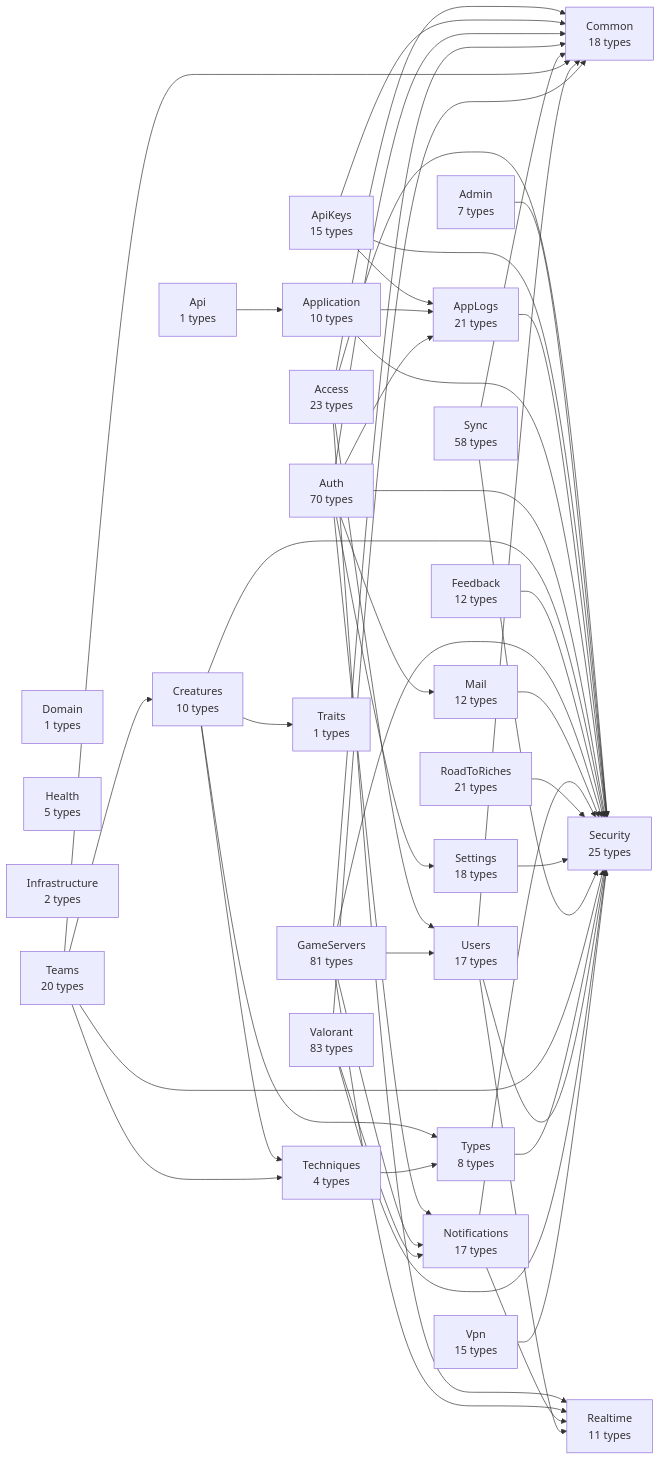
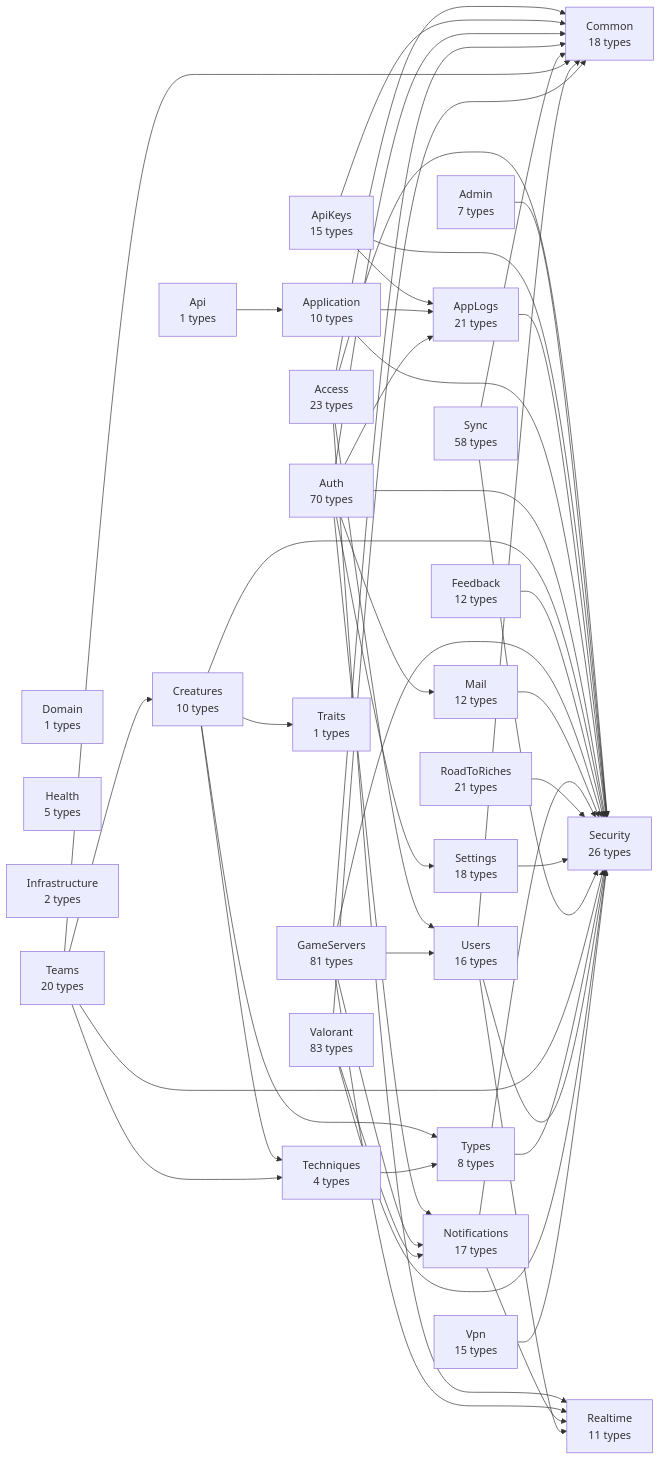
The diagram in api/docs/diagrams/00-modules.md (huiitre/Tools-app), drawn with Mermaid before and after one commit. The commit also changed 28 other files, not shown here.

````diff
--- a/api/docs/diagrams/00-modules.md
+++ b/api/docs/diagrams/00-modules.md
@@ -5,79 +5,79 @@
 ```mermaid
 flowchart LR
   Access["Access<br/>23 types"]
   Admin["Admin<br/>7 types"]
   Api["Api<br/>1 types"]
   ApiKeys["ApiKeys<br/>15 types"]
   AppLogs["AppLogs<br/>21 types"]
   Application["Application<br/>10 types"]
   Auth["Auth<br/>70 types"]
   Common["Common<br/>18 types"]
   Creatures["Creatures<br/>10 types"]
   Domain["Domain<br/>1 types"]
   Feedback["Feedback<br/>12 types"]
   GameServers["GameServers<br/>81 types"]
   Health["Health<br/>5 types"]
   Infrastructure["Infrastructure<br/>2 types"]
   Mail["Mail<br/>12 types"]
   Notifications["Notifications<br/>17 types"]
   Realtime["Realtime<br/>11 types"]
   RoadToRiches["RoadToRiches<br/>21 types"]
-  Security["Security<br/>25 types"]
+  Security["Security<br/>26 types"]
   Settings["Settings<br/>18 types"]
   Sync["Sync<br/>58 types"]
   Teams["Teams<br/>20 types"]
   Techniques["Techniques<br/>4 types"]
   Traits["Traits<br/>1 types"]
   Types["Types<br/>8 types"]
-  Users["Users<br/>17 types"]
+  Users["Users<br/>16 types"]
   Valorant["Valorant<br/>83 types"]
   Vpn["Vpn<br/>15 types"]
   Access --> Common
   Access --> Realtime
   Access --> Security
   Access --> Users
   Admin --> Security
   Api --> Application
   ApiKeys --> AppLogs
   ApiKeys --> Common
   ApiKeys --> Security
   AppLogs --> Security
   Application --> AppLogs
   Application --> Security
   Auth --> AppLogs
   Auth --> Common
   Auth --> Mail
   Auth --> Notifications
   Auth --> Security
   Auth --> Settings
   Creatures --> Security
   Creatures --> Techniques
   Creatures --> Traits
   Creatures --> Types
   Feedback --> Security
   GameServers --> Common
   GameServers --> Notifications
   GameServers --> Realtime
   GameServers --> Security
   GameServers --> Users
   Mail --> Security
   Notifications --> Realtime
   Notifications --> Security
   RoadToRiches --> Security
   Settings --> Security
   Sync --> Common
   Sync --> Security
   Teams --> Common
   Teams --> Creatures
   Teams --> Security
   Teams --> Techniques
   Techniques --> Types
   Types --> Security
   Users --> Common
   Users --> Realtime
   Users --> Security
   Valorant --> Common
   Valorant --> Notifications
   Valorant --> Security
   Vpn --> Security
 ```
````
